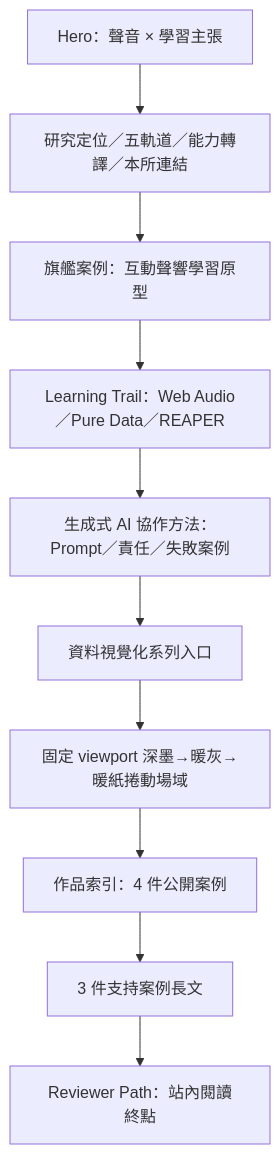
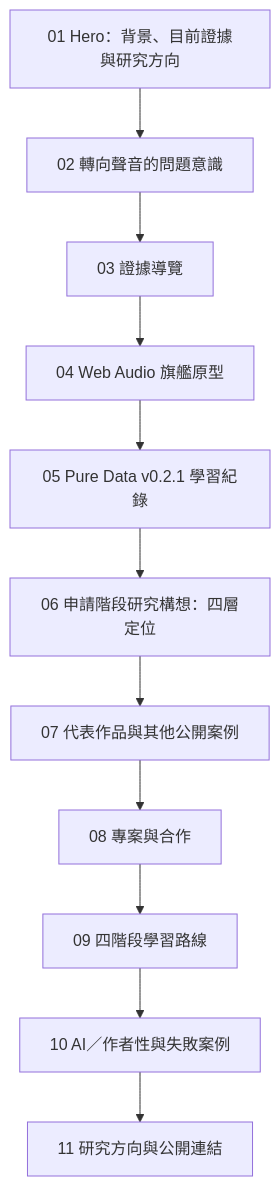
One commit to Ruyuang0509/ruyuang-portfolio changed the diagram in docs/website/CURRENT_STATE.md. Above: the diagram before and after it, drawn with Mermaid. The commit also changed other lines of this file and 50 other files, not shown here.

````diff
--- a/docs/website/CURRENT_STATE.md
+++ b/docs/website/CURRENT_STATE.md
@@ -50,12 +87,13 @@
 ```mermaid
 flowchart TD
-  A["Hero：聲音 × 學習主張"] --> B["研究定位／五軌道／能力轉譯／本所連結"]
-  B --> C["旗艦案例：互動聲響學習原型"]
-  C --> D["Learning Trail：Web Audio／Pure Data／REAPER"]
-  D --> E["生成式 AI 協作方法：Prompt／責任／失敗案例"]
-  E --> F["資料視覺化系列入口"]
-  F --> G["固定 viewport 深墨→暖灰→暖紙捲動場域"]
-  G --> H["作品索引：4 件公開案例"]
-  H --> I["3 件支持案例長文"]
-  I --> J["Reviewer Path：站內閱讀終點"]
+  A["01 Hero：背景、目前證據與研究方向"] --> B["02 轉向聲音的問題意識"]
+  B --> C["03 證據導覽"]
+  C --> D["04 Web Audio 旗艦原型"]
+  D --> E["05 Pure Data v0.2.1 學習紀錄"]
+  E --> F["06 申請階段研究構想：四層定位"]
+  F --> G["07 代表作品與其他公開案例"]
+  G --> H["08 專案與合作"]
+  H --> I["09 四階段學習路線"]
+  I --> J["10 AI／作者性與失敗案例"]
+  J --> K["11 研究方向與公開連結"]
 ```
````
